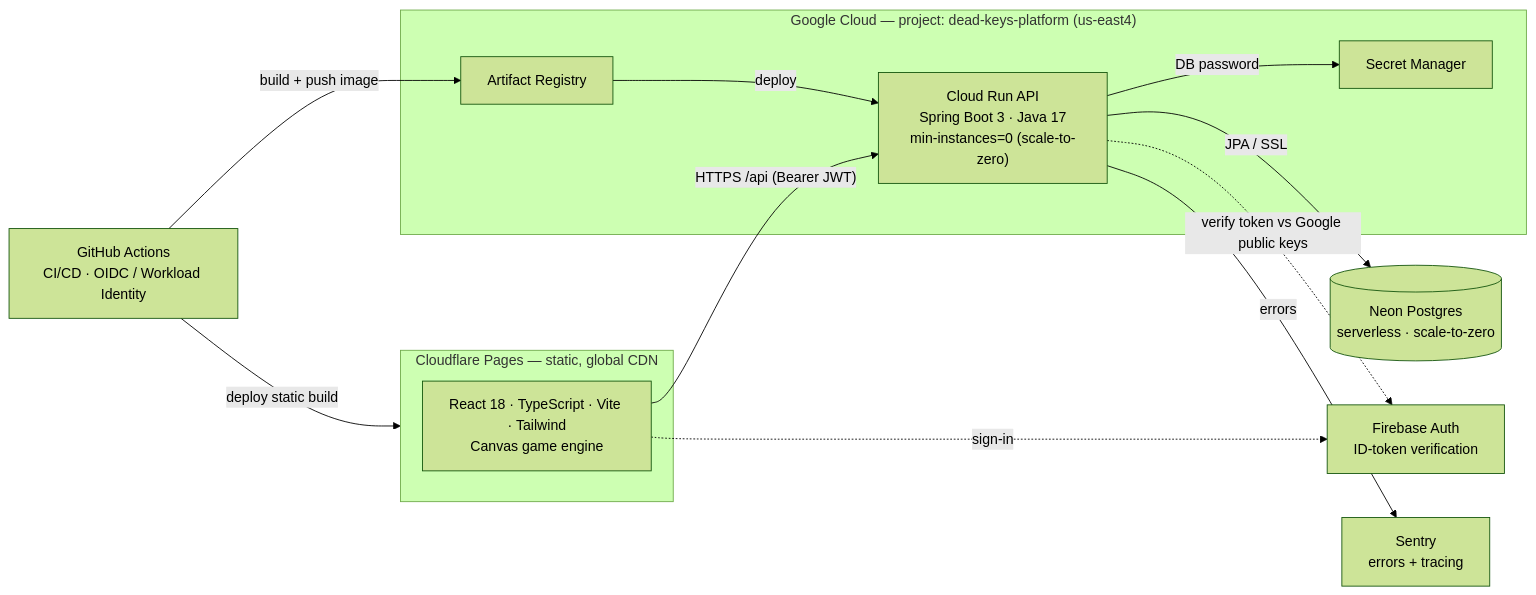
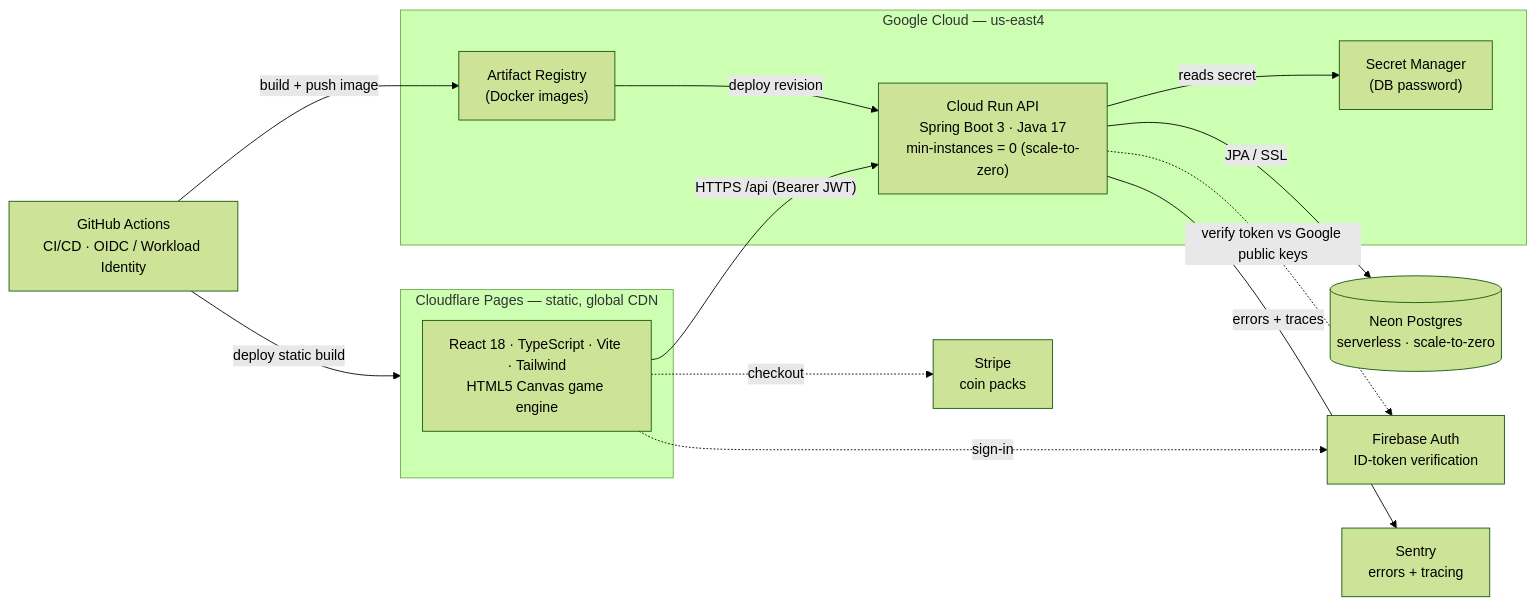
Before and after one commit to alfonza1/last-words-game: the first of 3 diagrams in README.md, drawn with Mermaid (forest theme). The commit also changed other lines of this file, not shown here.

First line of the commit message:
docs: redesign README with architecture diagrams for recruiters

````diff
--- a/README.md
+++ b/README.md
@@ -28,25 +76,29 @@
 ```mermaid
 flowchart LR
   subgraph Edge["Cloudflare Pages — static, global CDN"]
-    UI["React 18 · TypeScript · Vite · Tailwind<br/>Canvas game engine"]
+    UI["React 18 · TypeScript · Vite · Tailwind<br/>HTML5 Canvas game engine"]
   end
-  subgraph GCP["Google Cloud — project: dead-keys-platform (us-east4)"]
-    CR["Cloud Run API<br/>Spring Boot 3 · Java 17<br/>min-instances=0 (scale-to-zero)"]
-    AR["Artifact Registry"]
-    SM["Secret Manager"]
+
+  subgraph GCP["Google Cloud — us-east4"]
+    CR["Cloud Run API<br/>Spring Boot 3 · Java 17<br/>min-instances = 0 (scale-to-zero)"]
+    AR["Artifact Registry<br/>(Docker images)"]
+    SM["Secret Manager<br/>(DB password)"]
   end
+
   Neon[("Neon Postgres<br/>serverless · scale-to-zero")]
   FB["Firebase Auth<br/>ID-token verification"]
   Sentry["Sentry<br/>errors + tracing"]
+  Stripe["Stripe<br/>coin packs"]
   GH["GitHub Actions<br/>CI/CD · OIDC / Workload Identity"]
 
   UI -- "HTTPS /api (Bearer JWT)" --> CR
   UI -. "sign-in" .-> FB
+  UI -. "checkout" .-> Stripe
   CR -- "JPA / SSL" --> Neon
   CR -. "verify token vs Google public keys" .-> FB
-  CR -- "errors" --> Sentry
-  CR -- "DB password" --> SM
+  CR -- "errors + traces" --> Sentry
+  CR -- "reads secret" --> SM
   GH -- "build + push image" --> AR
-  AR -- "deploy" --> CR
+  AR -- "deploy revision" --> CR
   GH -- "deploy static build" --> Edge
 ```
````
